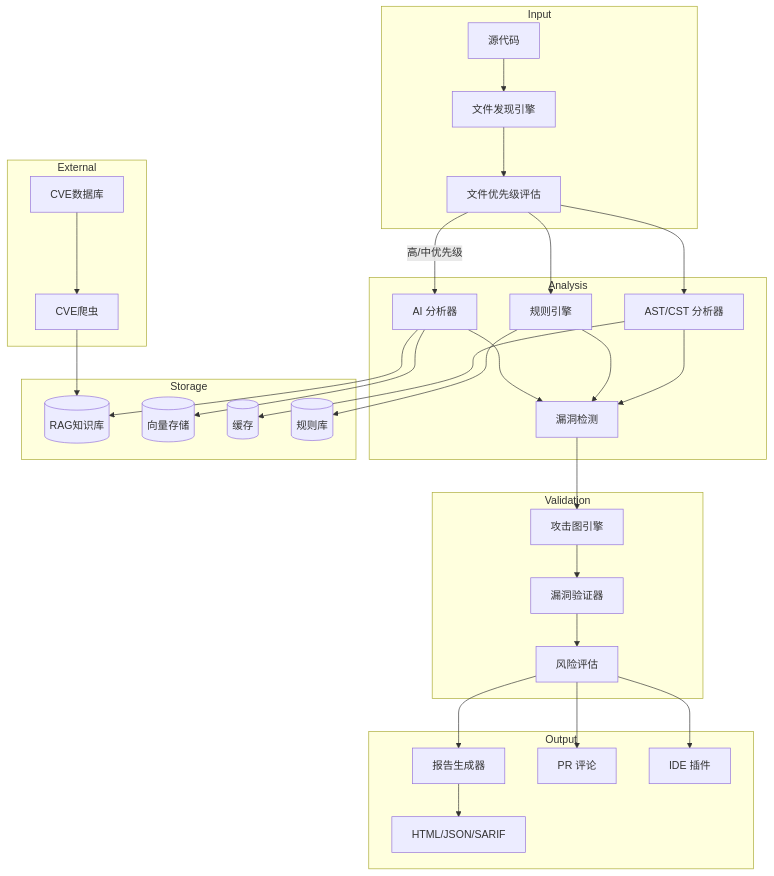
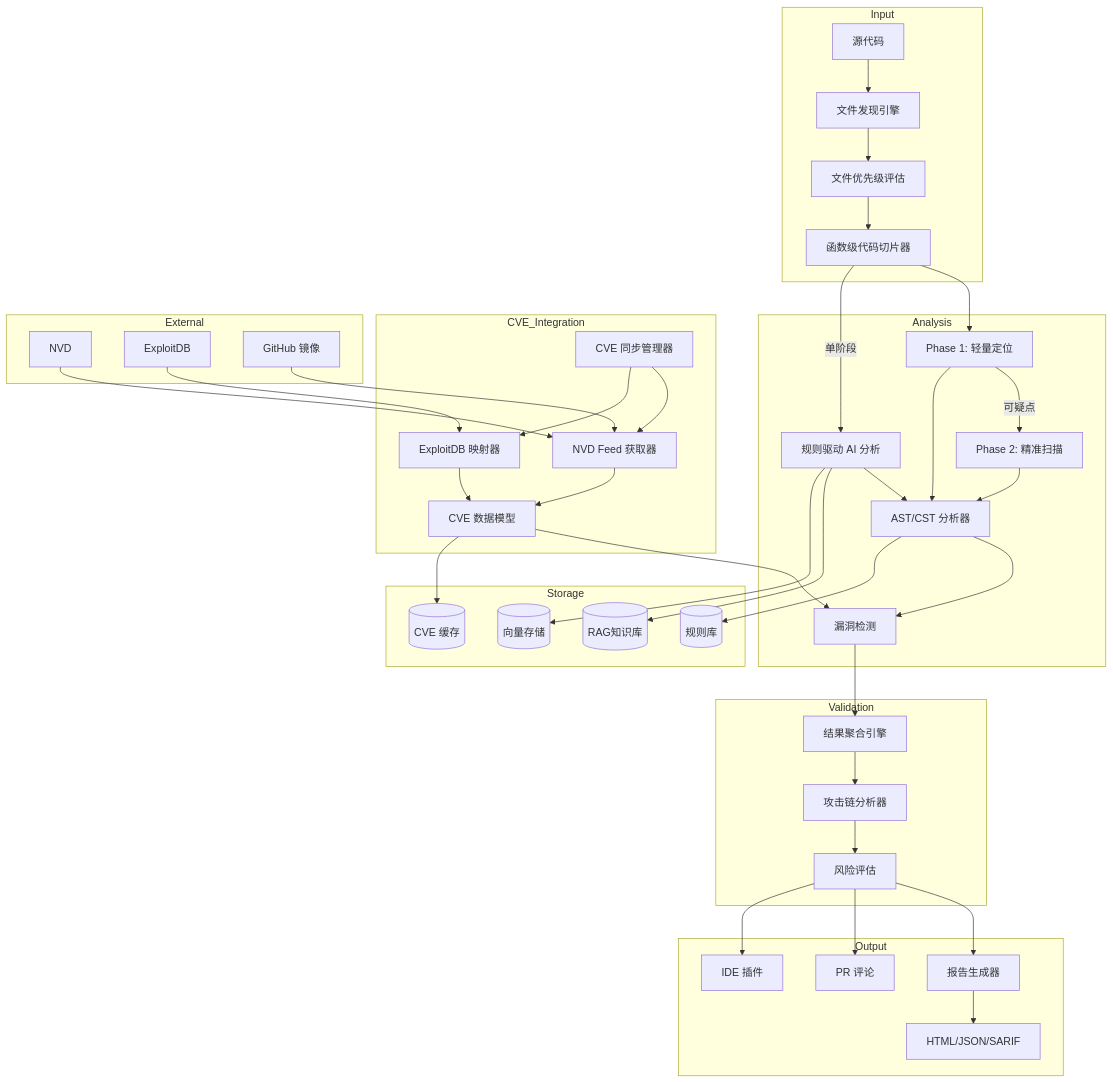
Before and after one commit to lxcxjxhx/HOS-LS: the first of 2 diagrams in README.md, drawn with Mermaid. The commit also changed other lines of this file and 37 other files, not shown here.

````diff
--- a/README.md
+++ b/README.md
@@ -357,45 +524,56 @@
 ```mermaid
 graph TB
     subgraph Input
         A[源代码] --> B[文件发现引擎]
         B --> C[文件优先级评估]
+        C --> D[函数级代码切片器]
     end
 
     subgraph Analysis
-        C --> D[AST/CST 分析器]
-        C --> E[规则引擎]
-        C -->|高/中优先级| F[AI 分析器]
-        D --> G[漏洞检测]
-        E --> G
-        F --> G
+        D --> E[Phase 1: 轻量定位]
+        E -->|可疑点| F[Phase 2: 精准扫描]
+        D -->|单阶段| G[规则驱动 AI 分析]
+        E --> H[AST/CST 分析器]
+        F --> H
+        G --> H
+        H --> I[漏洞检测]
+    end
+
+    subgraph CVE_Integration
+        J[NVD Feed 获取器] --> K[CVE 数据模型]
+        L[ExploitDB 映射器] --> K
+        M[CVE 同步管理器] --> J
+        M --> L
+        K --> I
     end
 
     subgraph Validation
-        G --> H[攻击图引擎]
-        H --> I[漏洞验证器]
-        I --> J[风险评估]
+        I --> N[结果聚合引擎]
+        N --> O[攻击链分析器]
+        O --> P[风险评估]
     end
 
     subgraph Output
-        J --> K[报告生成器]
-        K --> L[HTML/JSON/SARIF]
-        J --> M[PR 评论]
-        J --> N[IDE 插件]
+        P --> Q[报告生成器]
+        Q --> R[HTML/JSON/SARIF]
+        P --> S[PR 评论]
+        P --> T[IDE 插件]
     end
 
     subgraph Storage
-        O[(RAG知识库)]
-        P[(向量存储)]
-        Q[(缓存)]
-        R[(规则库)]
-        F --> O
-        F --> P
-        D --> Q
-        E --> R
+        U[(RAG知识库)]
+        V[(向量存储)]
+        W[(CVE 缓存)]
+        X[(规则库)]
+        G --> U
+        G --> V
+        K --> W
+        H --> X
     end
 
     subgraph External
-        S[CVE爬虫] --> O
-        T[CVE数据库] --> S
+        Y[NVD] --> J
+        Z[ExploitDB] --> L
+        AA[GitHub 镜像] --> J
     end
 ```
````
